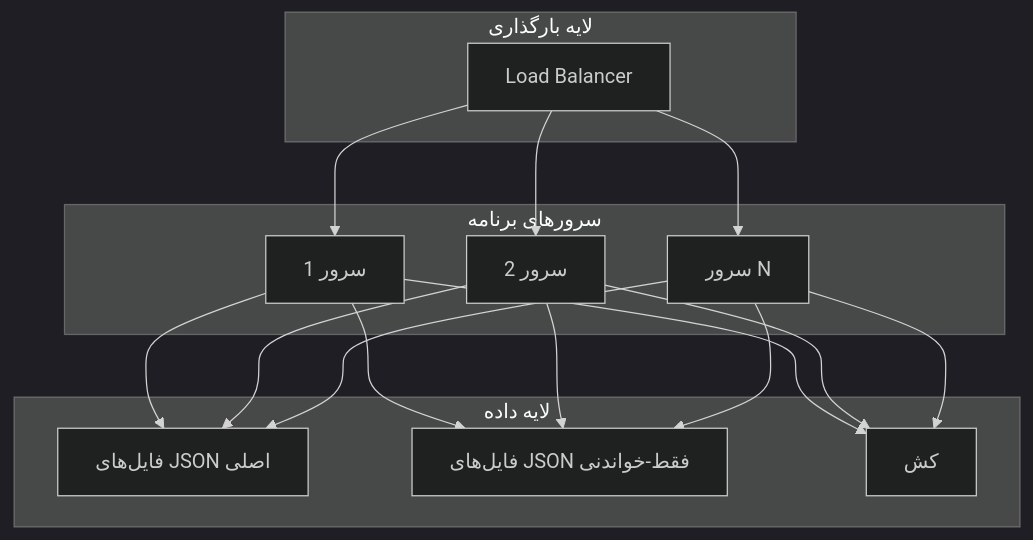
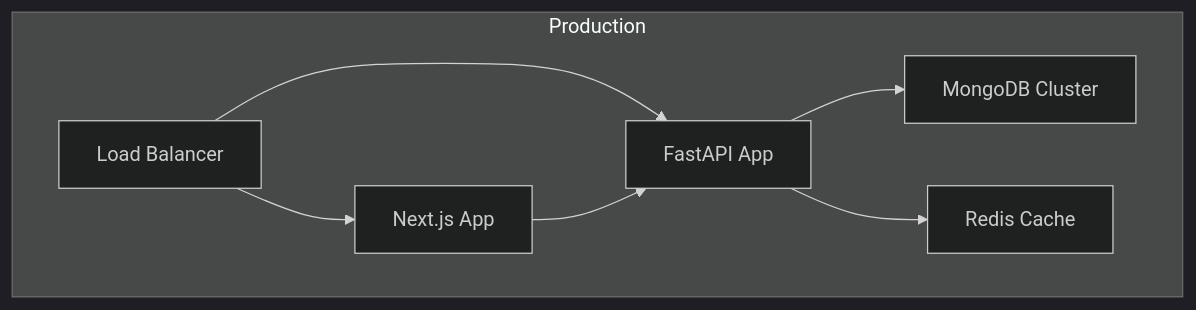
The eighth of 8 diagrams in Docs/Architecture_doc.md (Shakour-Data/GravityManagement), drawn with Mermaid (dark theme) before and after one commit. The commit also changed other lines of this file, not shown here.

First line of the commit message:
docs: Update architecture documentation to reflect new tech stack

````diff
--- a/Docs/Architecture_doc.md
+++ b/Docs/Architecture_doc.md
@@ -909,34 +380,16 @@
 ```mermaid
 graph TB
-    subgraph "لایه بارگذاری"
+    subgraph "Production"
         A[Load Balancer]
-    end
-
-    subgraph "سرورهای برنامه"
-        B[سرور 1]
-        C[سرور 2]
-        D[سرور N]
-    end
-
-    subgraph "لایه داده"
-        E[فایل‌های JSON اصلی]
-        F[فایل‌های JSON فقط-خواندنی]
-        G[کش]
+        B[Next.js App]
+        C[FastAPI App]
+        D[MongoDB Cluster]
+        E[Redis Cache]
     end
 
     A --> B
     A --> C
-    A --> D
-
-    B --> E
+    B --> C
+    C --> D
     C --> E
-    D --> E
-
-    B --> F
-    C --> F
-    D --> F
-
-    B --> G
-    C --> G
-    D --> G
 ```
````
